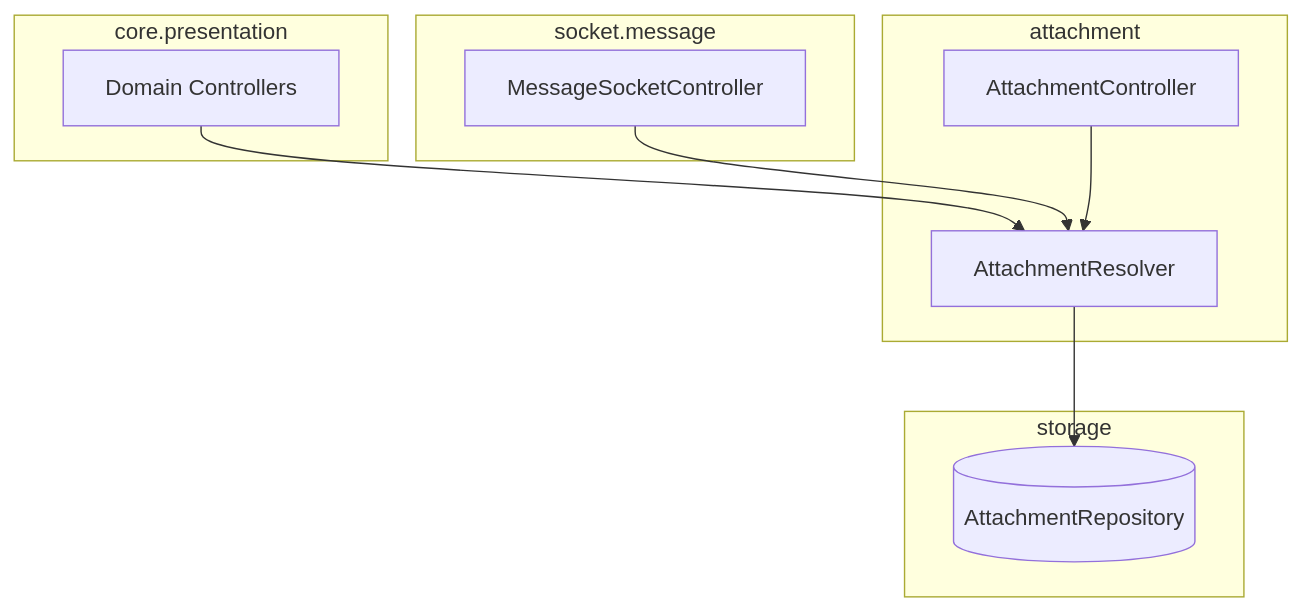
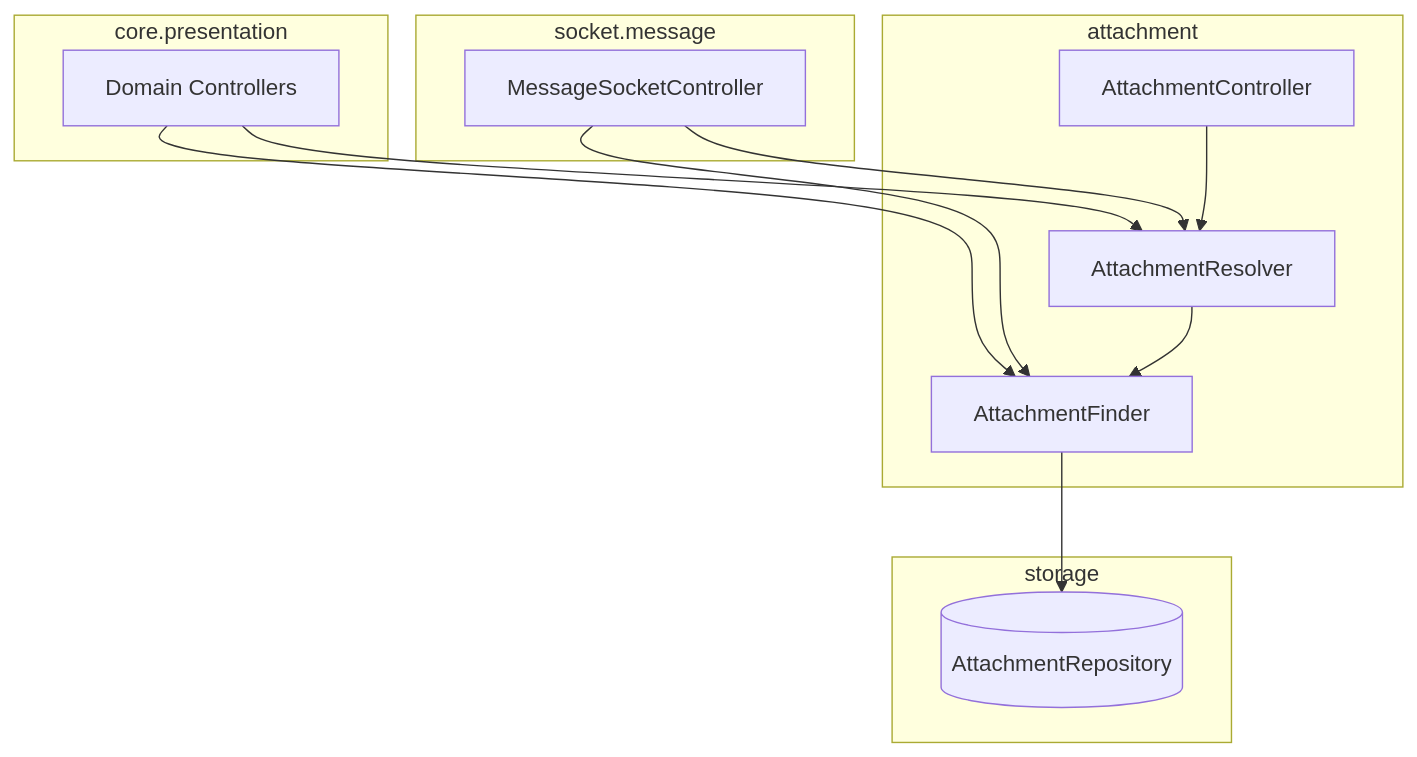
One commit to mortonCareer/bconnect changed the fourth of 5 diagrams in apps/api/docs/attachment-architecture.md. Above: the diagram before and after it, drawn with Mermaid. The commit also changed other lines of this file and 22 other files, not shown here.

First line of the commit message:
refactor(api): AttachmentResolver → Finder, UrlService 분리

````diff
--- a/apps/api/docs/attachment-architecture.md
+++ b/apps/api/docs/attachment-architecture.md
@@ -100,20 +101,24 @@
 ```mermaid
 graph TD
     subgraph core.presentation
         DC[Domain Controllers]
     end
     subgraph socket.message
         MsgC[MessageSocketController]
     end
     subgraph attachment
         AttC[AttachmentController]
+        Fin[AttachmentFinder]
         Res[AttachmentResolver]
     end
     subgraph storage
         AttR[("AttachmentRepository")]
     end
+    DC --> Fin
     DC --> Res
+    MsgC --> Fin
     MsgC --> Res
     AttC --> Res
-    Res --> AttR
+    Res --> Fin
+    Fin --> AttR
 ```
````
